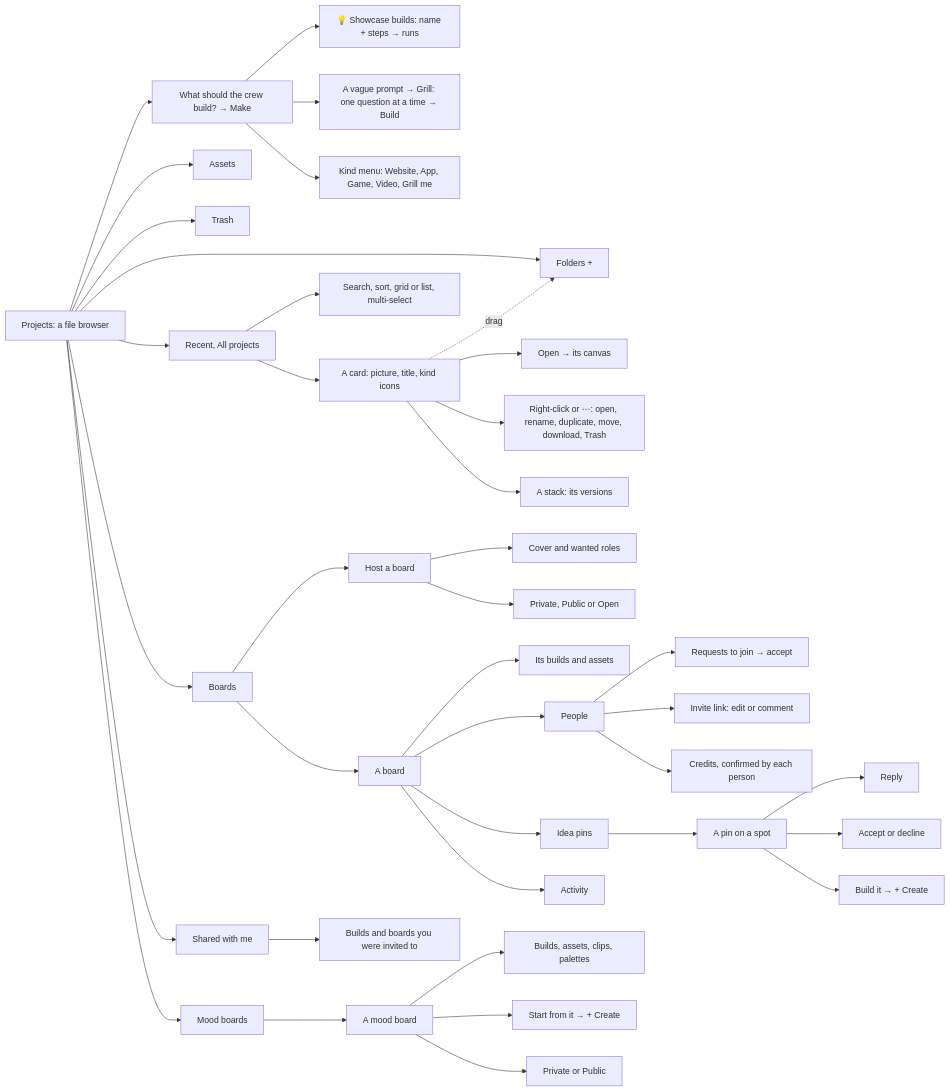
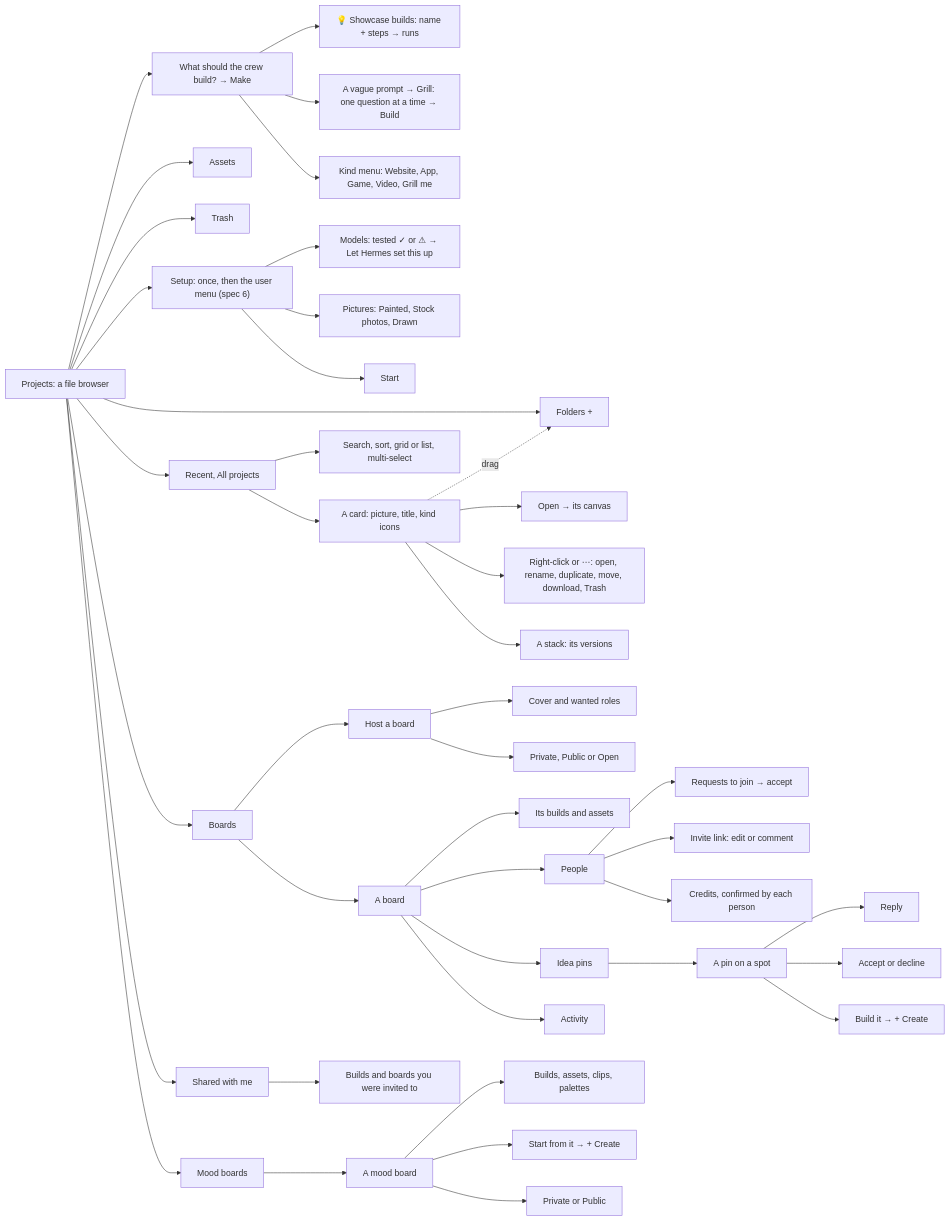
The seventh of 26 diagrams in docs/ux/SITEMAP.md (Pukujan/swarm-studio), drawn with Mermaid before and after one commit. The commit also changed 13 other files, not shown here.

First line of the commit message:
Setup: a one-time sheet with the Models and Pictures rows

````diff
--- a/docs/ux/SITEMAP.md
+++ b/docs/ux/SITEMAP.md
@@ -193,40 +193,44 @@
 ```mermaid
 flowchart LR
   PROJ[Projects: a file browser] --> MB["Recent, All projects"]
   PROJ --> AS[Assets]
   PROJ --> TR[Trash]
   PROJ --> FO["Folders +"]
   PROJ --> ASK["What should the crew build? → Make"]
   ASK --> SC["💡 Showcase builds: name + steps → runs"]
   ASK --> GR["A vague prompt → Grill: one question at a time → Build"]
   ASK --> KM["Kind menu: Website, App, Game, Video, Grill me"]
   PROJ --> BD[Boards]
   PROJ --> MO[Mood boards]
   PROJ --> SW[Shared with me]
+  PROJ --> SU["Setup: once, then the user menu (spec 6)"]
+  SU --> SU1["Models: tested ✓ or ⚠ → Let Hermes set this up"]
+  SU --> SU2["Pictures: Painted, Stock photos, Drawn"]
+  SU --> SU3[Start]
   MB --> ST["A card: picture, title, kind icons"]
   MB --> MS["Search, sort, grid or list, multi-select"]
   ST --> ORB["Open → its canvas"]
   ST --> RM["Right-click or ⋯: open, rename, duplicate, move, download, Trash"]
   ST --> VS["A stack: its versions"]
   ST -.->|drag| FO
   BD --> BO[A board]
   BD --> BN[Host a board]
   BN --> BN1["Cover and wanted roles"]
   BN --> BN2["Private, Public or Open"]
   BO --> BW["Its builds and assets"]
   BO --> BP[People]
   BO --> BI[Idea pins]
   BO --> BA[Activity]
   BP --> BP1["Requests to join → accept"]
   BP --> BP2["Invite link: edit or comment"]
   BP --> BP3["Credits, confirmed by each person"]
   BI --> PIN[A pin on a spot]
   PIN --> PIN1[Reply]
   PIN --> PIN2[Accept or decline]
   PIN --> PIN3["Build it → + Create"]
   MO --> MOB[A mood board]
   MOB --> MOI["Builds, assets, clips, palettes"]
   MOB --> MOS["Start from it → + Create"]
   MOB --> MOV["Private or Public"]
   SW --> SWB["Builds and boards you were invited to"]
 ```
````
